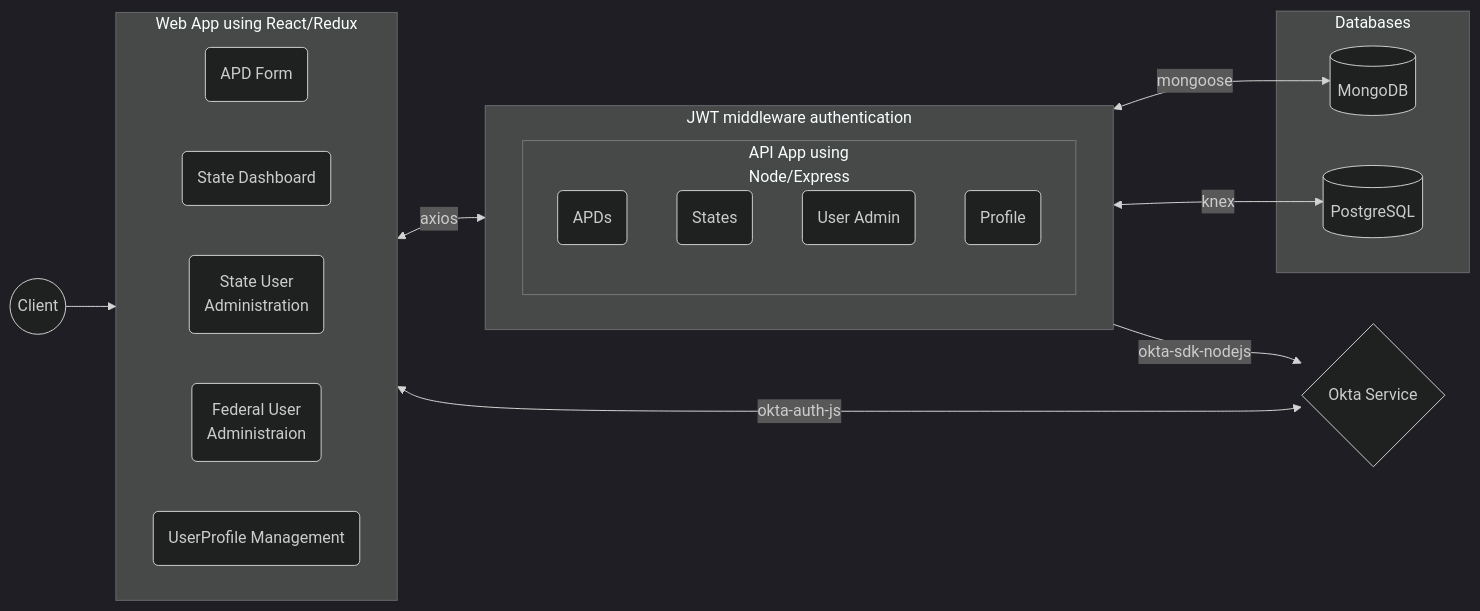
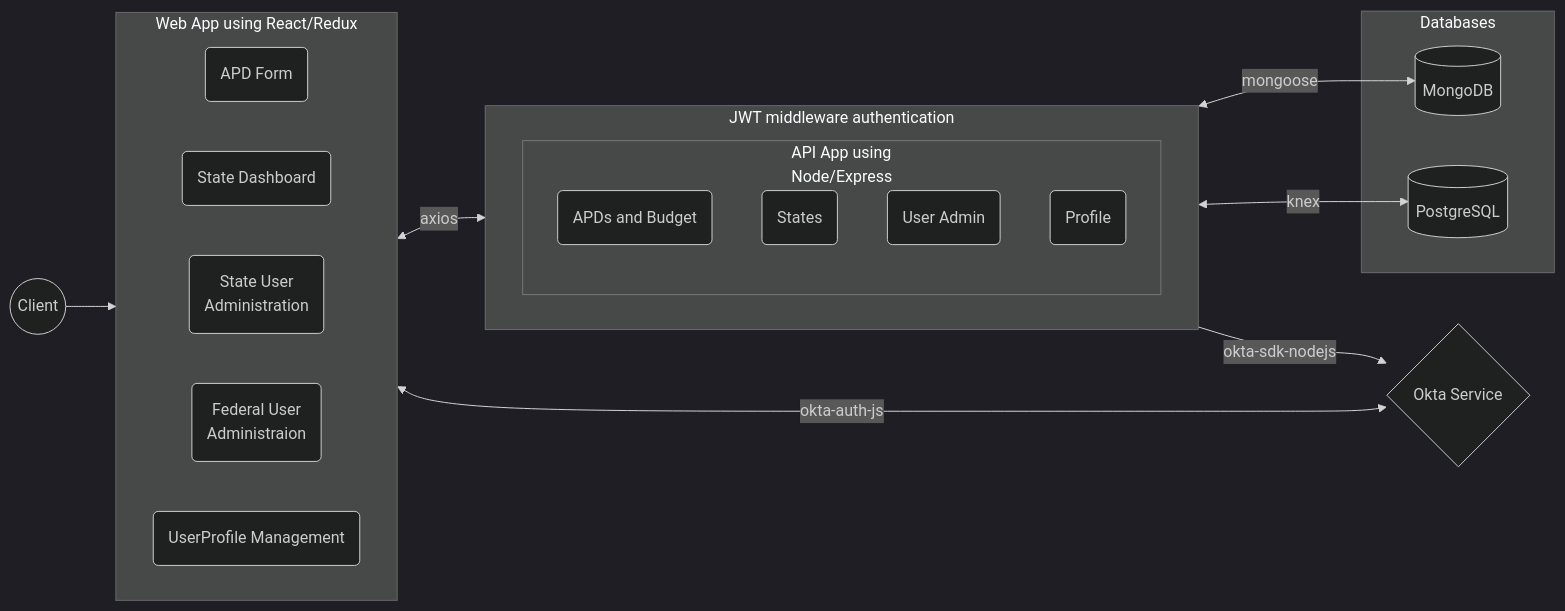
Before and after one commit to Enterprise-CMCS/eAPD: the diagram in documentation/architecture-diagram.mmd, drawn with Mermaid (dark theme). The commit also changed 11 other files, not shown here.

Commit message:
updated diagrams in documents; fixed issue with validation showing up in Estimated Expenditures

```diff
--- a/documentation/architecture-diagram.mmd
+++ b/documentation/architecture-diagram.mmd
@@ -1,34 +1,34 @@
 flowchart LR
 %% @config(../.vscode/settings.json)
     subgraph web [Web App using React/Redux]
         direction LR
         apdForm(APD Form)
         dashboard(State Dashboard)
         state(State User\n Administration)
         fed(Federal User\n Administraion)
         profile(UserProfile Management)
     end
     subgraph auth [JWT middleware authentication]
         direction LR
     
 
         subgraph api [API App using \nNode/Express]
             direction TB
-            apd(APDs)
+            apd(APDs and Budget)
             states(States)
             users(User Admin)
             me(Profile)
 
         end
     end
     subgraph data [Databases]
         id1[(MongoDB)]
         id2[(PostgreSQL)]
     end
 
     user((Client)) --> web 
     web <-- axios --> auth
     web <-- okta-auth-js --> okta{Okta Service}
     apd <-- mongoose --> id1
     api <-- knex --> id2
     me -->|okta-sdk-nodejs|okta
```
